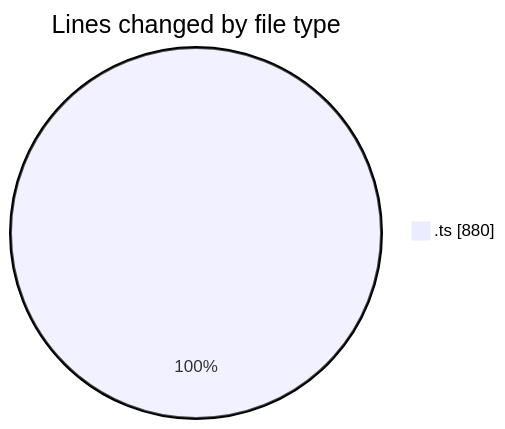
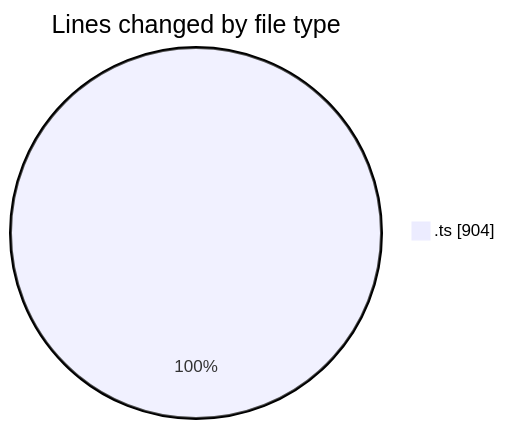
Before and after one commit to momahboobian/code-tracking: the first of 2 diagrams in 2025-08-07/cda/README.md, drawn with Mermaid. The commit also changed other lines of this file and 1 other file, not shown here.

````diff
--- a/2025-08-07/cda/README.md
+++ b/2025-08-07/cda/README.md
@@ -21,5 +21,5 @@
 ```mermaid
 pie showData
 title Lines changed by file type
-".ts" : 880
+".ts" : 904
 ```
````
